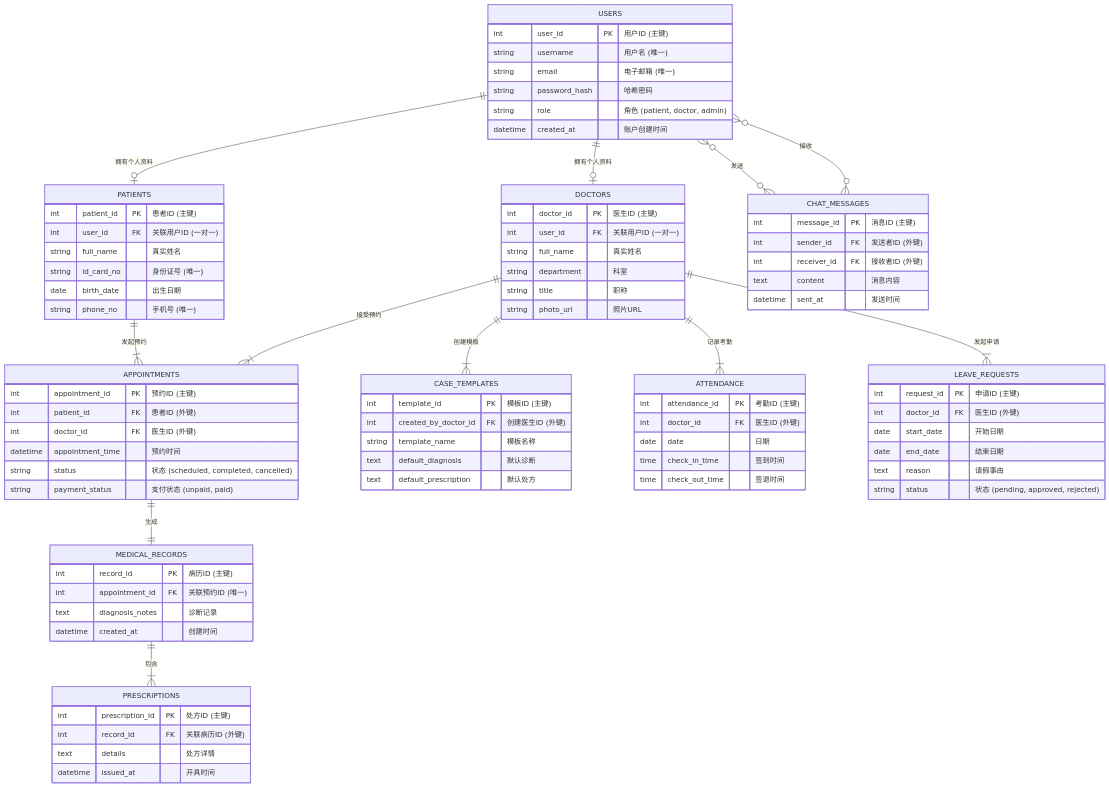
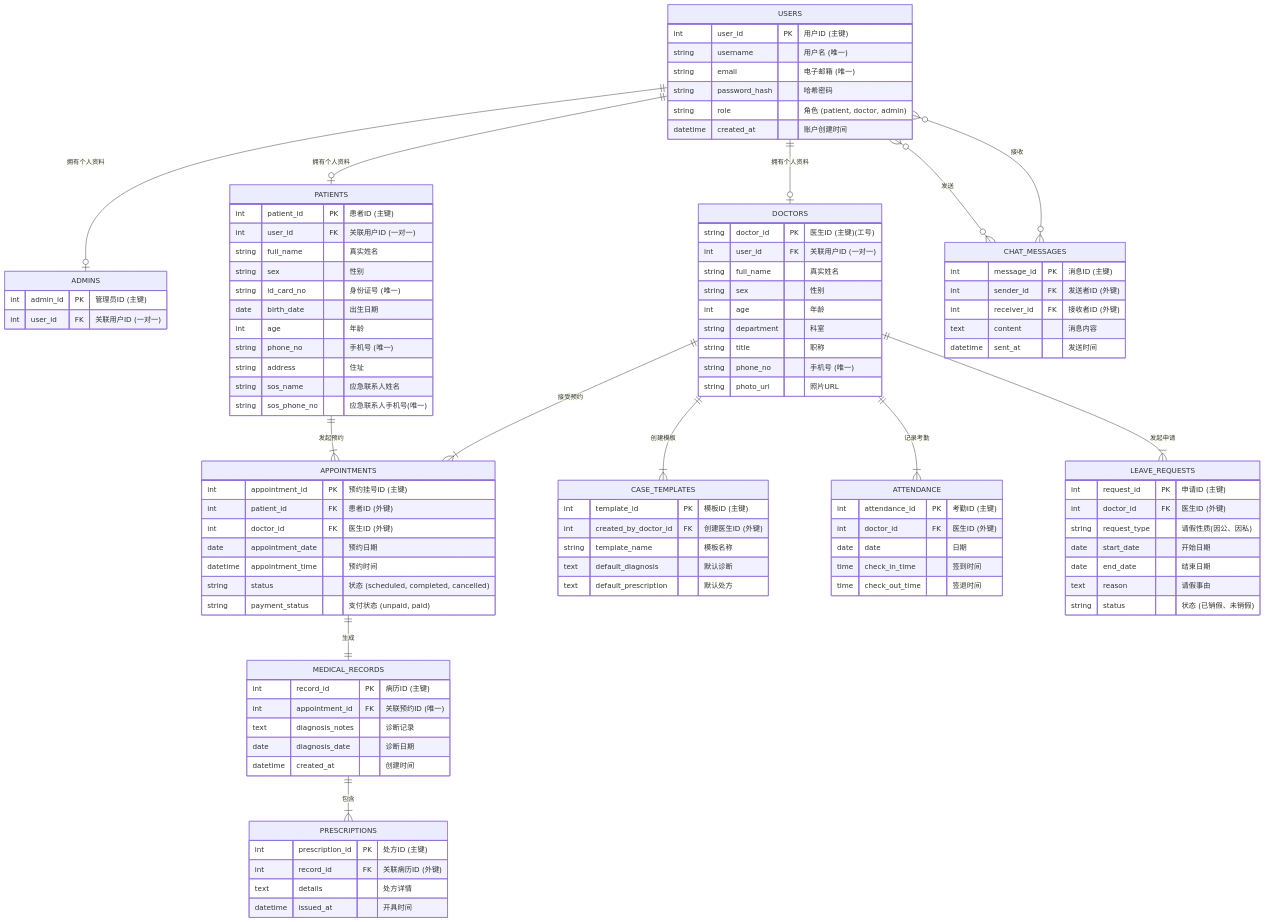
Before and after one commit to laonuo2004/cpp-qt-medical-system: the diagram in ER.md, drawn with Mermaid. The commit also changed other lines of this file, not shown here.

```diff
--- a/ER.md
+++ b/ER.md
@@ -45,28 +45,42 @@
         datetime created_at "账户创建时间"
     }
 
+    ADMINS {
+        int admin_id PK "管理员ID (主键)"
+        int user_id FK "关联用户ID (一对一)"
+    }
+
     PATIENTS {
         int patient_id PK "患者ID (主键)"
         int user_id FK "关联用户ID (一对一)"
         string full_name "真实姓名"
+        string sex "性别"
         string id_card_no "身份证号 (唯一)"
         date birth_date "出生日期"
+        int age "年龄"
         string phone_no "手机号 (唯一)"
+        string address "住址"
+        string sos_name "应急联系人姓名"
+        string sos_phone_no "应急联系人手机号(唯一)"
     }
 
     DOCTORS {
-        int doctor_id PK "医生ID (主键)"
-        int user_id FK "关联用户ID (一对一)"
+        string doctor_id PK "医生ID (主键)(工号)"
+        int user_id FK "关联用户ID (一对一)" 
         string full_name "真实姓名"
+        string sex "性别"
+        int age "年龄"
         string department "科室"
         string title "职称"
+        string phone_no "手机号 (唯一)"
         string photo_url "照片URL"
     }
 
     APPOINTMENTS {
-        int appointment_id PK "预约ID (主键)"
+        int appointment_id PK "预约挂号ID (主键)"
         int patient_id FK "患者ID (外键)"
         int doctor_id FK "医生ID (外键)"
+        date appointment_date "预约日期"
         datetime appointment_time "预约时间"
         string status "状态 (scheduled, completed, cancelled)"
         string payment_status "支付状态 (unpaid, paid)"
@@ -76,10 +90,11 @@
         int record_id PK "病历ID (主键)"
         int appointment_id FK "关联预约ID (唯一)"
         text diagnosis_notes "诊断记录"
+        date diagnosis_date "诊断日期"
         datetime created_at "创建时间"
     }
 
-    PRESCRIPTIONS {
+    PRESCRIPTIONS { 
         int prescription_id PK "处方ID (主键)"
         int record_id FK "关联病历ID (外键)"
         text details "处方详情"
@@ -113,14 +128,16 @@
     LEAVE_REQUESTS {
         int request_id PK "申请ID (主键)"
         int doctor_id FK "医生ID (外键)"
+        string request_type "请假性质(因公、因私)"
         date start_date "开始日期"
         date end_date "结束日期"
         text reason "请假事由"
-        string status "状态 (pending, approved, rejected)"
+        string status "状态 (已销假、未销假)"
     }
 
     USERS ||--o| PATIENTS : "拥有个人资料"
     USERS ||--o| DOCTORS : "拥有个人资料"
+    USERS ||--o| ADMINS  : "拥有个人资料"
     USERS }o--o{ CHAT_MESSAGES : "发送"
     USERS }o--o{ CHAT_MESSAGES : "接收"
     
```
